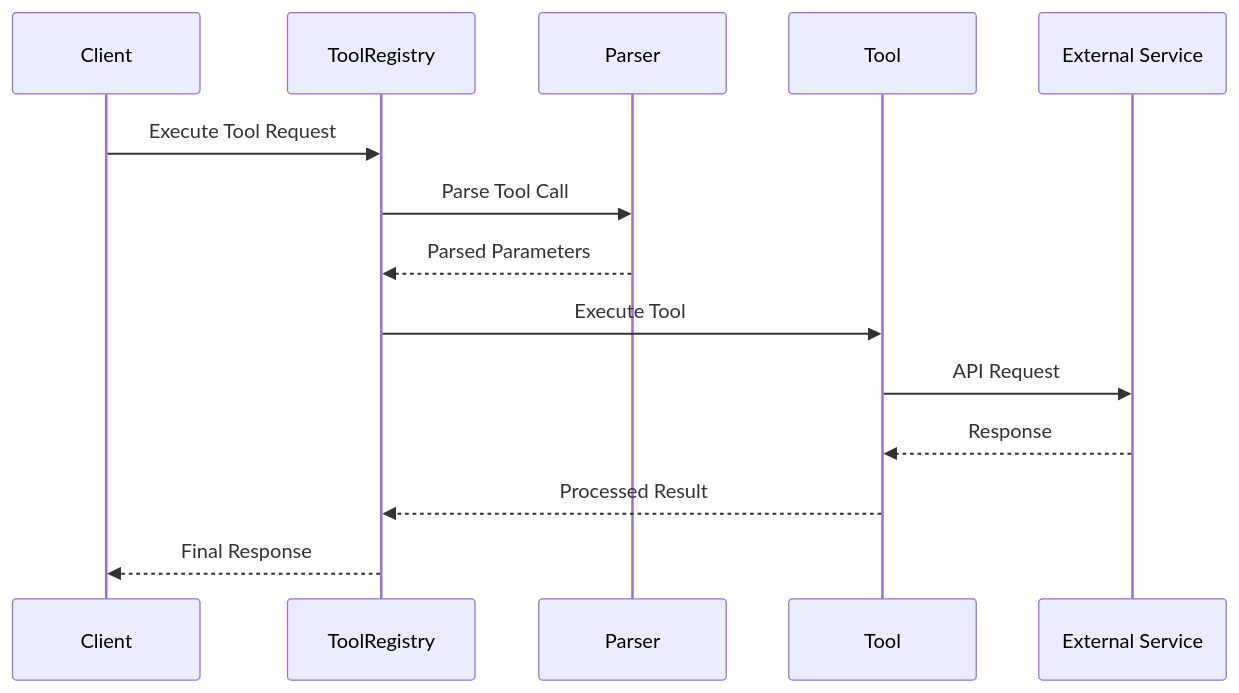
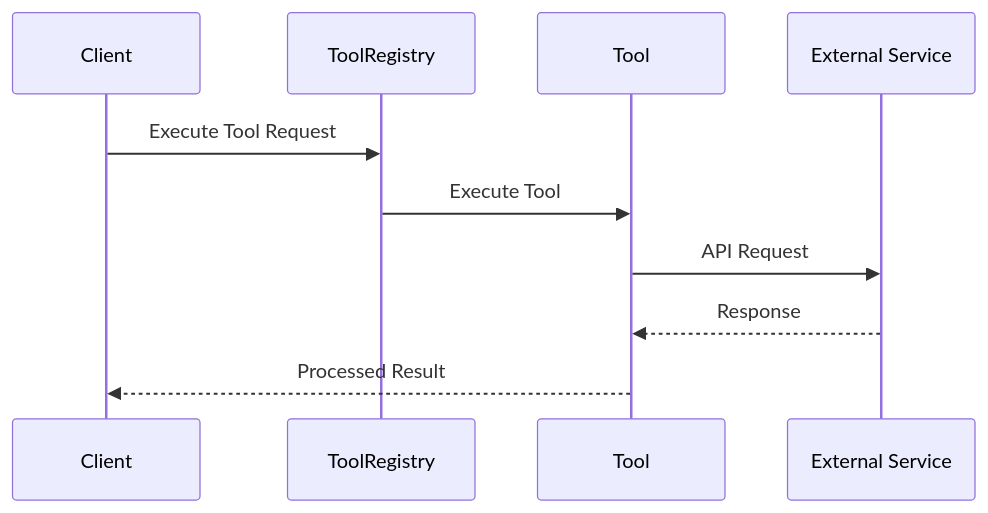
One commit to krab7191/flexo changed the second of 2 diagrams in docs/reference/tools/index.md. Above: the diagram before and after it, drawn with Mermaid. The commit also changed other lines of this file and 47 other files, not shown here.

````diff
--- a/docs/reference/tools/index.md
+++ b/docs/reference/tools/index.md
@@ -37,17 +38,13 @@
 ```mermaid
 sequenceDiagram
     participant C as Client
     participant R as ToolRegistry
-    participant P as Parser
     participant T as Tool
     participant E as External Service
 
     C->>R: Execute Tool Request
-    R->>P: Parse Tool Call
-    P-->>R: Parsed Parameters
     R->>T: Execute Tool
     T->>E: API Request
     E-->>T: Response
-    T-->>R: Processed Result
-    R-->>C: Final Response
+    T-->>C: Processed Result
 ```
````
